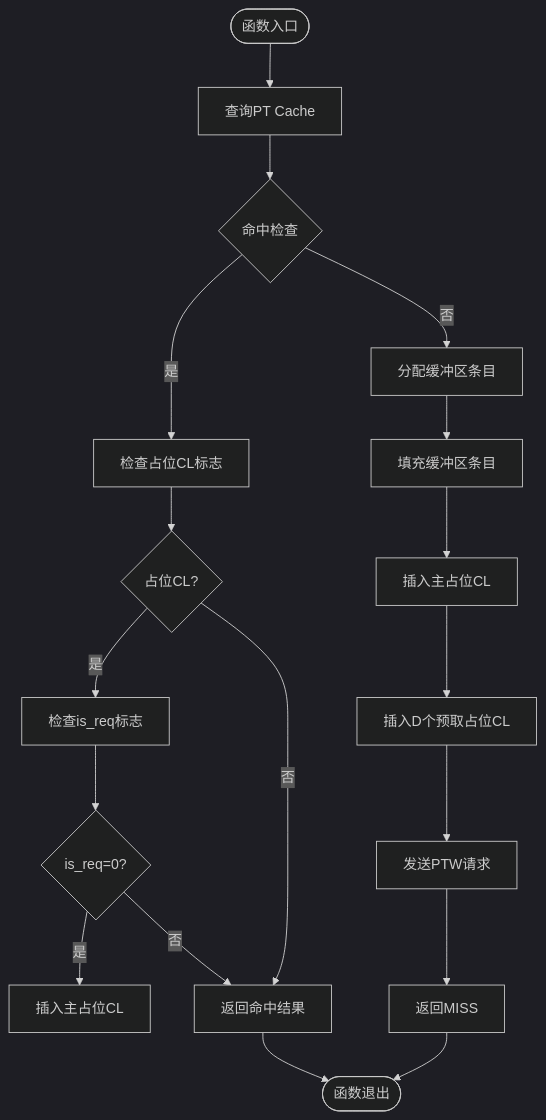
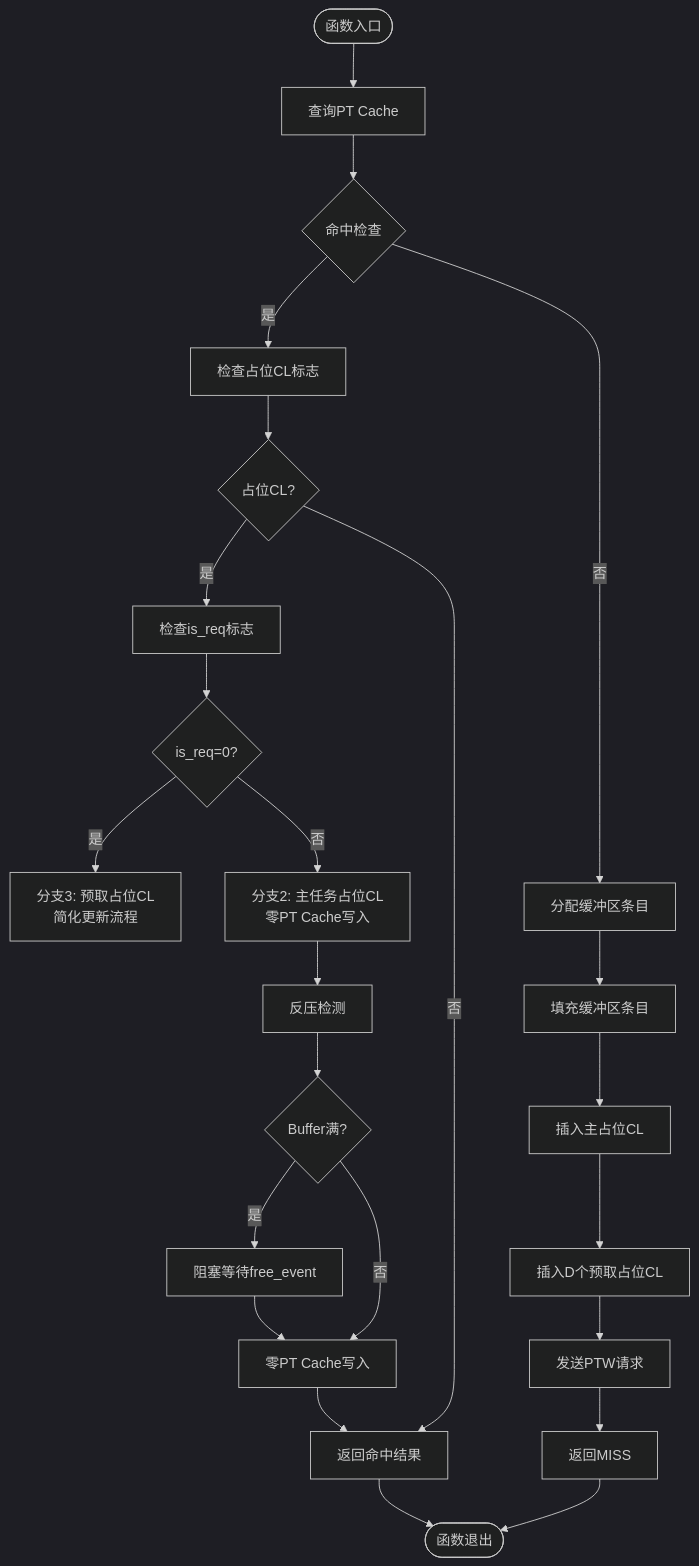
Before and after one commit to jiangjiang1122/iommu_model_20260401_v1: the fourth of 5 diagrams in .qoder/repowiki/zh/content/测试框架/PT Cache预取测试报告.md, drawn with Mermaid (dark theme). The commit also changed other lines of this file and 16 other files, not shown here.

````diff
--- a/.qoder/repowiki/zh/content/测试框架/PT Cache预取测试报告.md
+++ b/.qoder/repowiki/zh/content/测试框架/PT Cache预取测试报告.md
@@ -179,20 +209,26 @@
 ```mermaid
 flowchart TD
 Start([函数入口]) --> Lookup["查询PT Cache"]
 Lookup --> Hit{"命中检查"}
 Hit --> |是| CheckPH["检查占位CL标志"]
 CheckPH --> PH{"占位CL?"}
 PH --> |是| CheckReq["检查is_req标志"]
 CheckReq --> Req{"is_req=0?"}
-Req --> |是| InsertMain["插入主占位CL"]
-Req --> |否| ReturnHit["返回命中结果"]
-PH --> |否| ReturnHit
+Req --> |是| Branch3["分支3: 预取占位CL<br/>简化更新流程"]
+Req --> |否| Branch2["分支2: 主任务占位CL<br/>零PT Cache写入"]
+PH --> |否| ReturnHit["返回命中结果"]
 Hit --> |否| Allocate["分配缓冲区条目"]
 Allocate --> FillBuffer["填充缓冲区条目"]
-FillBuffer --> InsertMain2["插入主占位CL"]
-InsertMain2 --> InsertPrefetch["插入D个预取占位CL"]
+FillBuffer --> InsertMain["插入主占位CL"]
+InsertMain --> InsertPrefetch["插入D个预取占位CL"]
 InsertPrefetch --> SendPTW["发送PTW请求"]
 SendPTW --> ReturnMiss["返回MISS"]
+Branch2 --> Backpressure["反压检测"]
+Backpressure --> BufferFull{"Buffer满?"}
+BufferFull --> |是| BlockWait["阻塞等待free_event"]
+BufferFull --> |否| ZeroWrite["零PT Cache写入"]
+BlockWait --> ZeroWrite
+ZeroWrite --> ReturnHit
 ReturnHit --> End([函数退出])
 ReturnMiss --> End
 ```
````
